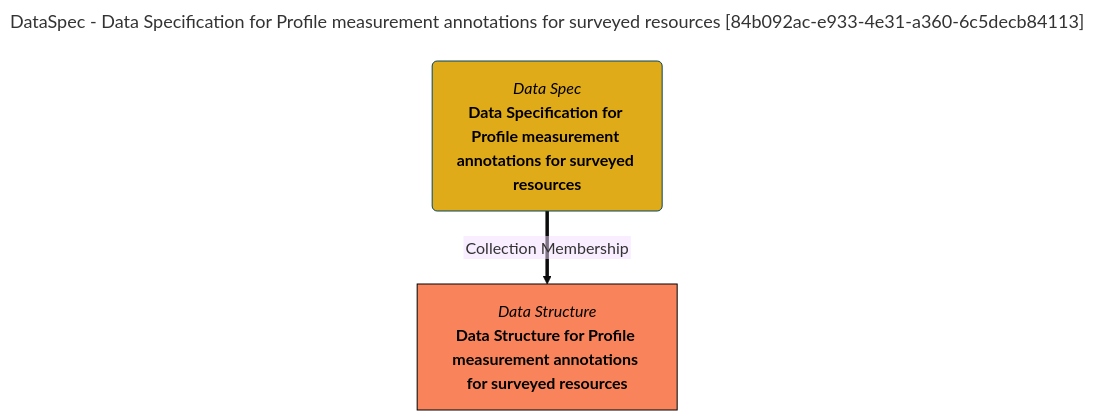
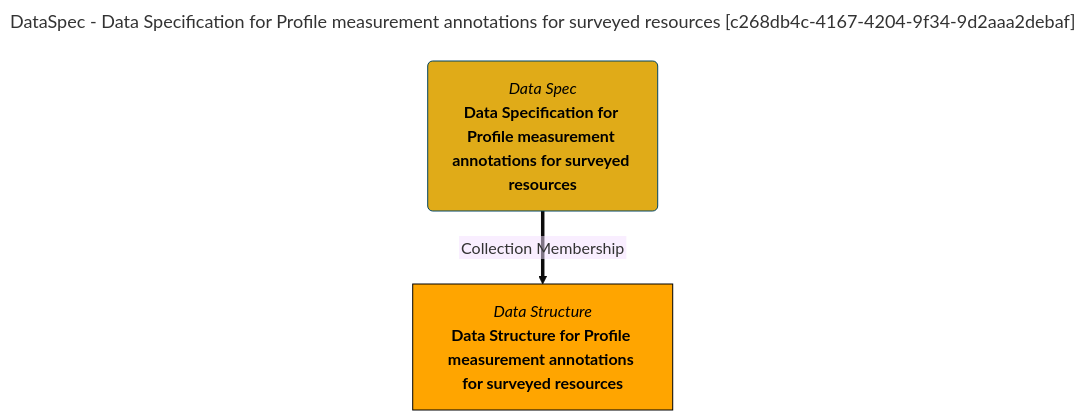
The diagram in site/snippets/collections/data-specs/data-specification-for-profile-measurement-annotations-for-surveyed-resources-mermaid-graph.md (odpi/egeria-docs), drawn with Mermaid (base theme) before and after one commit. The commit also changed 2201 other files, not shown here.

````diff
--- a/site/snippets/collections/data-specs/data-specification-for-profile-measurement-annotations-for-surveyed-resources-mermaid-graph.md
+++ b/site/snippets/collections/data-specs/data-specification-for-profile-measurement-annotations-for-surveyed-resources-mermaid-graph.md
@@ -1,15 +1,15 @@
 ```mermaid
 ---
-title: DataSpec - Data Specification for Profile measurement annotations for surveyed resources [84b092ac-e933-4e31-a360-6c5decb84113]
+title: DataSpec - Data Specification for Profile measurement annotations for surveyed resources [c268db4c-4167-4204-9f34-9d2aaa2debaf]
 ---
 flowchart TD
 %%{init: {"flowchart": {"htmlLabels": false}} }%%
 
 1@{ shape: rounded, label: "*Data Spec*
 **Data Specification for Profile measurement annotations for surveyed resources**"}
 2@{ shape: rect, label: "*Data Structure*
 **Data Structure for Profile measurement annotations for surveyed resources**"}
 1==>|"Collection Membership"|2
 style 1 color:#000000, fill:#e0ab18, stroke:#004563
-style 2 color:#000000, fill:#f9845b, stroke:#000000
+style 2 color:#000000, fill:#FFA500, stroke:#000000
 ```
````
